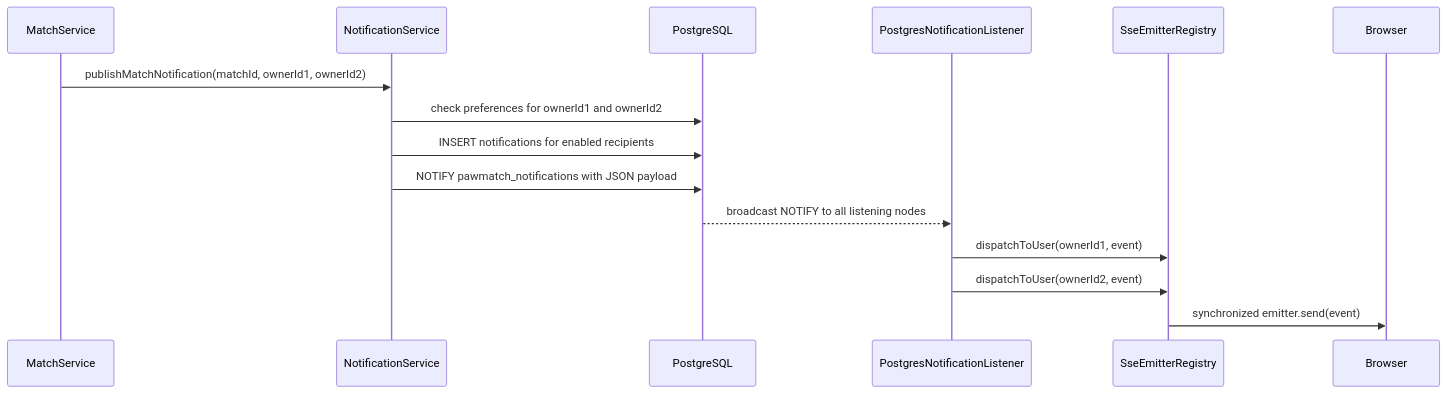
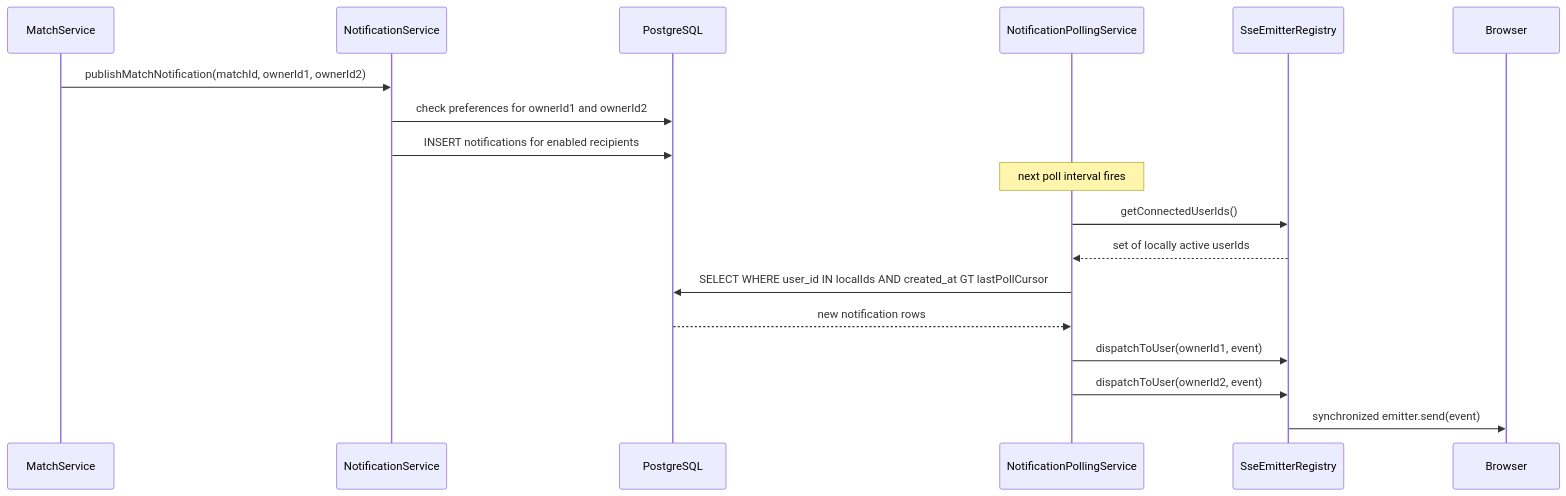
Before and after one commit to matteocodogno/tinder4dogs: the second of 4 diagrams in .kiro/specs/in-app-notifications/design.md, drawn with Mermaid. The commit also changed other lines of this file and 4 other files, not shown here.

````diff
--- a/.kiro/specs/in-app-notifications/design.md
+++ b/.kiro/specs/in-app-notifications/design.md
@@ -105,18 +102,21 @@
 ```mermaid
 sequenceDiagram
     participant MS as MatchService
     participant NS as NotificationService
     participant PG as PostgreSQL
-    participant PL as PostgresNotificationListener
+    participant PO as NotificationPollingService
     participant RE as SseEmitterRegistry
     participant CL as Browser
 
     MS->>NS: publishMatchNotification(matchId, ownerId1, ownerId2)
     NS->>PG: check preferences for ownerId1 and ownerId2
     NS->>PG: INSERT notifications for enabled recipients
-    NS->>PG: NOTIFY pawmatch_notifications with JSON payload
-    PG-->>PL: broadcast NOTIFY to all listening nodes
-    PL->>RE: dispatchToUser(ownerId1, event)
-    PL->>RE: dispatchToUser(ownerId2, event)
+    Note over PO: next poll interval fires
+    PO->>RE: getConnectedUserIds()
+    RE-->>PO: set of locally active userIds
+    PO->>PG: SELECT WHERE user_id IN localIds AND created_at GT lastPollCursor
+    PG-->>PO: new notification rows
+    PO->>RE: dispatchToUser(ownerId1, event)
+    PO->>RE: dispatchToUser(ownerId2, event)
     RE->>CL: synchronized emitter.send(event)
 ```
````
